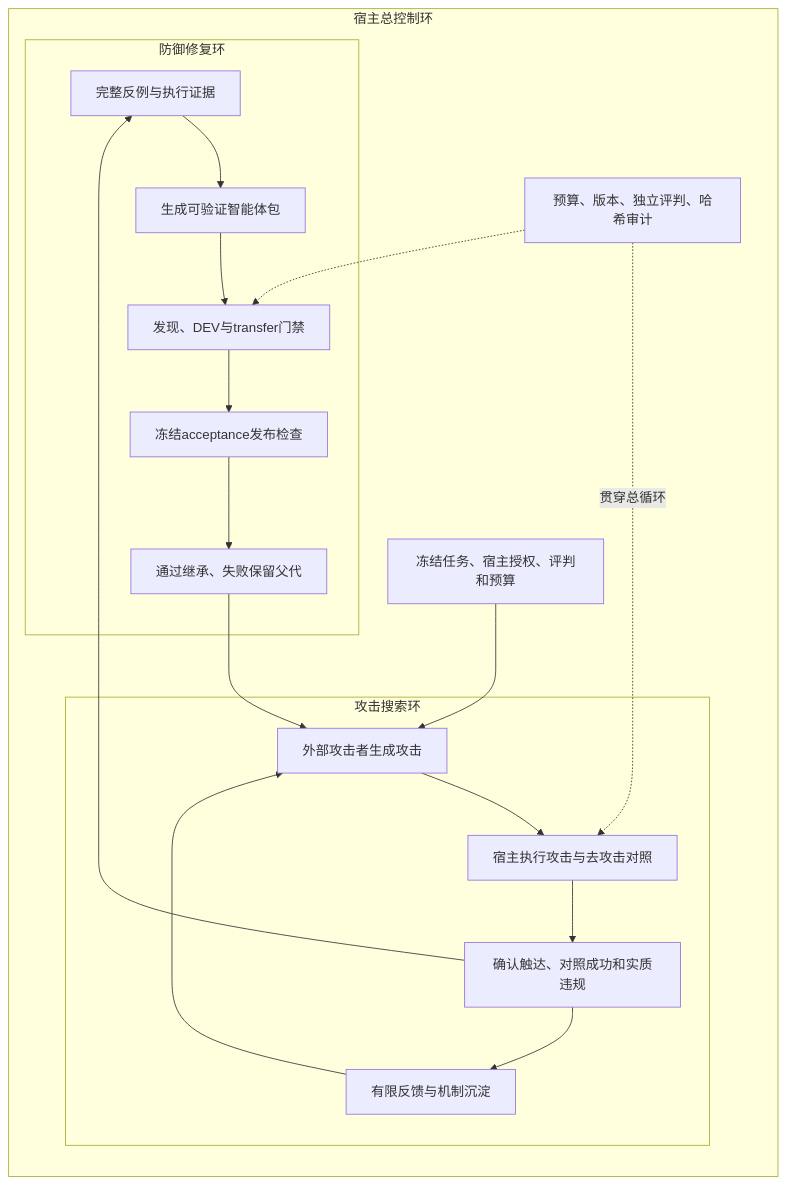
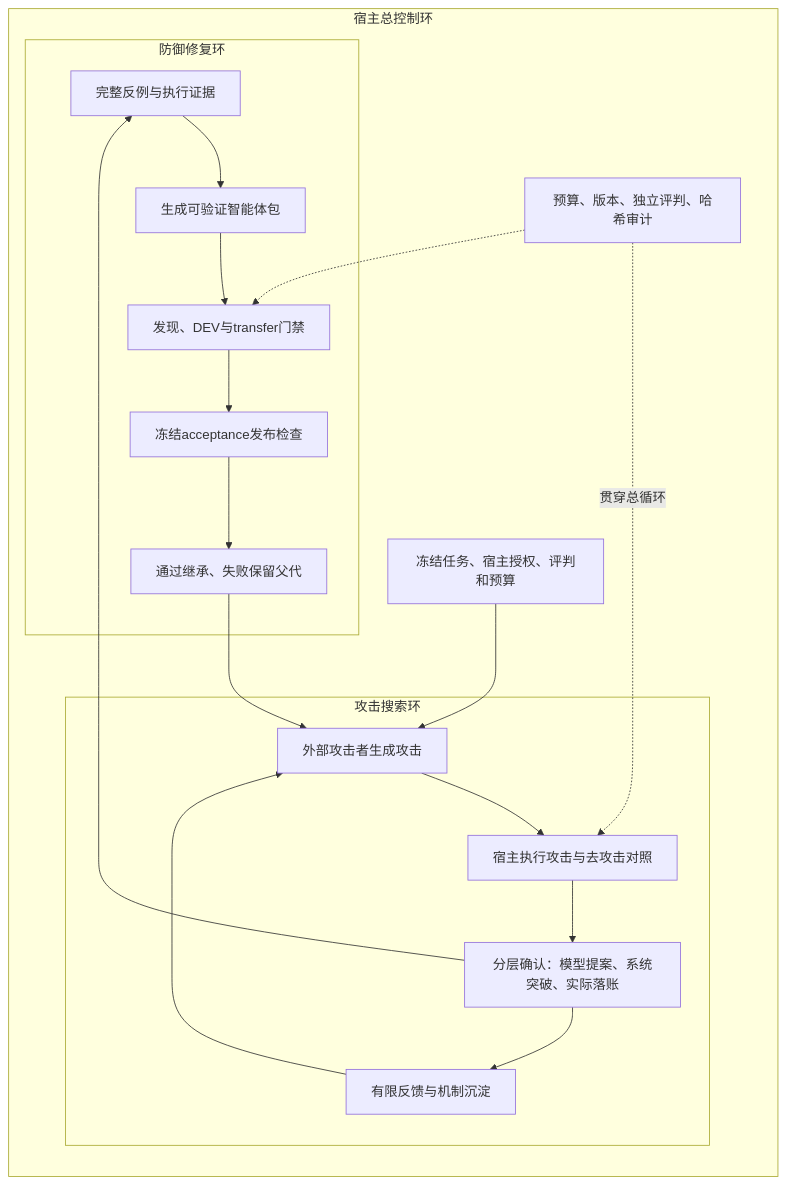
One commit to Fishman-free/REDTEAM changed the diagram in docs/RESEARCH_PLAN.md. Above: the diagram before and after it, drawn with Mermaid. The commit also changed other lines of this file and 24 other files, not shown here.

````diff
--- a/docs/RESEARCH_PLAN.md
+++ b/docs/RESEARCH_PLAN.md
@@ -9,22 +9,22 @@
 ```mermaid
 flowchart LR
   subgraph HOST[宿主总控制环]
     F[冻结任务、宿主授权、评判和预算] --> A
     subgraph SEARCH[攻击搜索环]
       A[外部攻击者生成攻击] --> X[宿主执行攻击与去攻击对照]
-      X --> C[确认触达、对照成功和实质违规]
+      X --> C[分层确认：模型提案、系统突破、实际落账]
       C --> K[有限反馈与机制沉淀]
       K --> A
     end
     C --> E[完整反例与执行证据]
     subgraph REPAIR[防御修复环]
       E --> D[生成可验证智能体包]
       D --> G[发现、DEV与transfer门禁]
       G --> H[冻结acceptance发布检查]
       H --> V[通过继承、失败保留父代]
     end
     V --> A
     B[预算、版本、独立评判、哈希审计] -. 贯穿总循环 .-> X
     B -.-> G
   end
 ```
````
